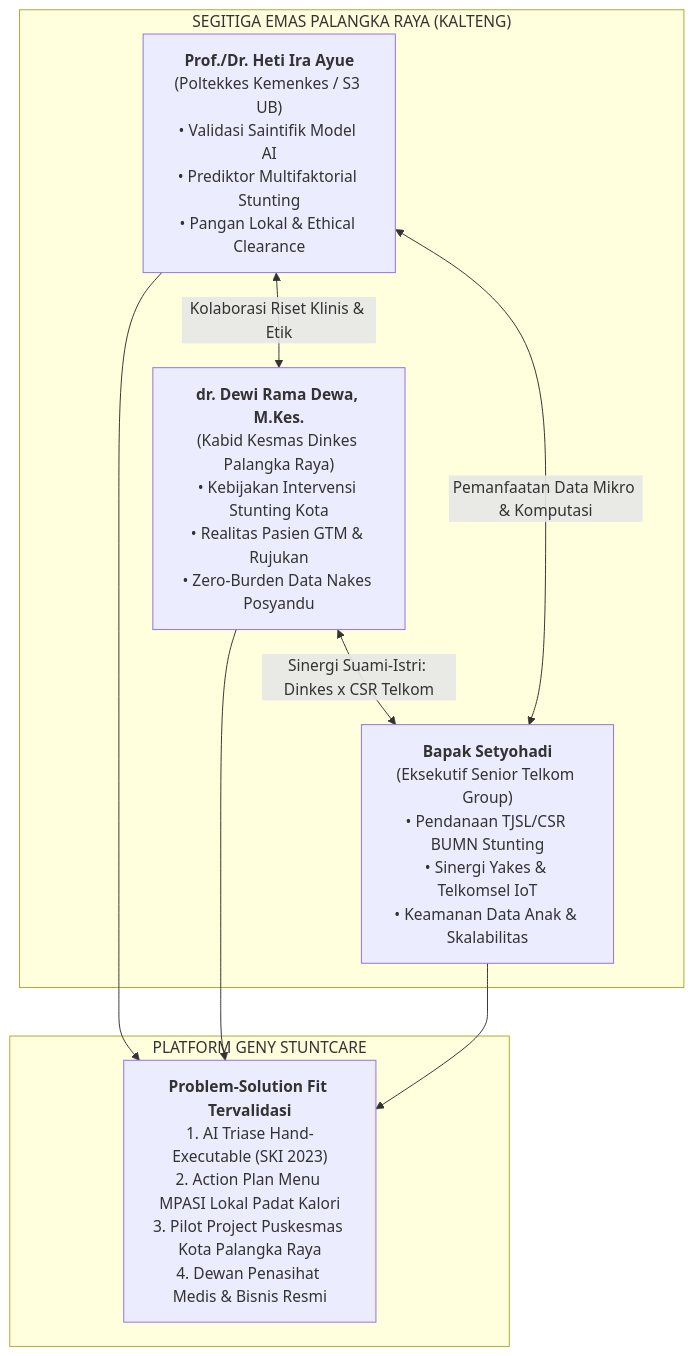
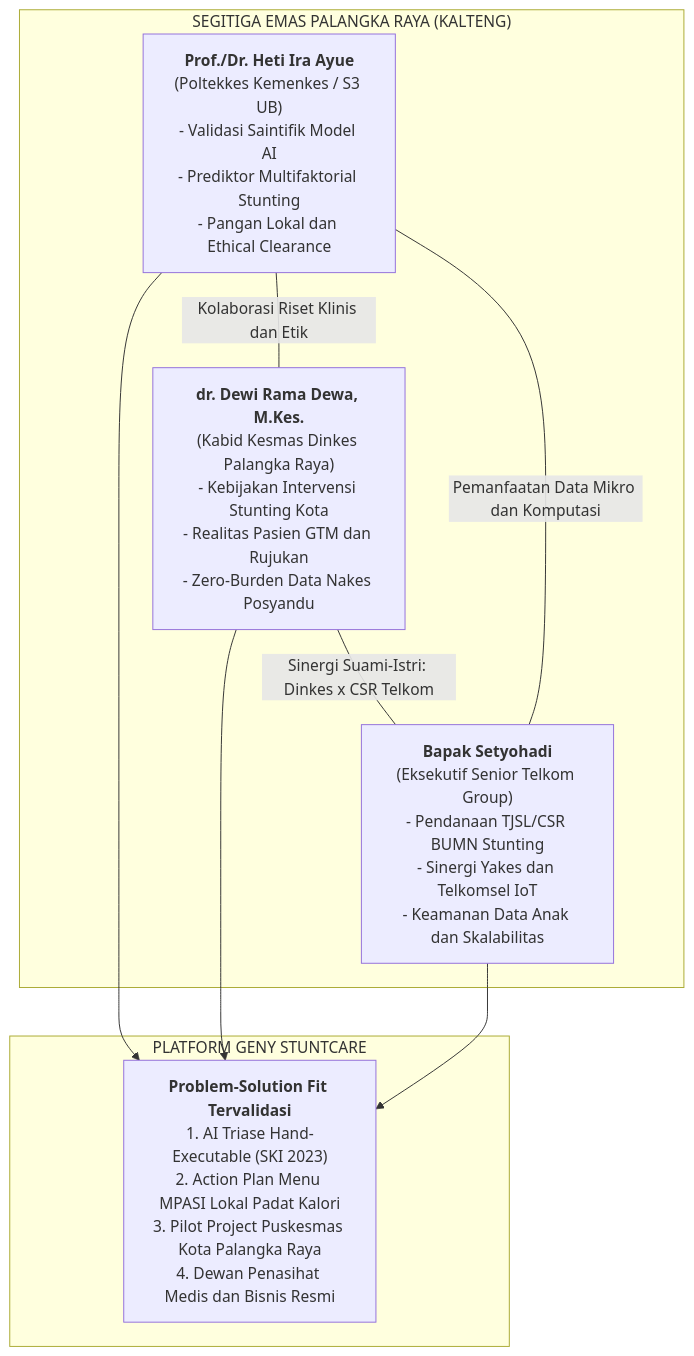
Before and after one commit to gerrardgs/Inkubasi-Startup-BTP: the second of 2 diagrams in 06-expert-advisory-meeting/README.md, drawn with Mermaid. The commit also changed other lines of this file and 2 other files, not shown here.

Commit message:
fix(mermaid): perbaiki sintaks mermaid diagram agar render sempurna di GitHub

````diff
--- a/06-expert-advisory-meeting/README.md
+++ b/06-expert-advisory-meeting/README.md
@@ -109,19 +109,19 @@
 ```mermaid
 graph TD
-    subgraph Segitiga_Emas["SEGITIGA EMAS PALANGKA RAYA (KALTENG)"]
-        A["<b>Prof./Dr. Heti Ira Ayue</b><br>(Poltekkes Kemenkes / S3 UB)<br>• Validasi Saintifik Model AI<br>• Prediktor Multifaktorial Stunting<br>• Pangan Lokal & Ethical Clearance"]
-        B["<b>dr. Dewi Rama Dewa, M.Kes.</b><br>(Kabid Kesmas Dinkes Palangka Raya)<br>• Kebijakan Intervensi Stunting Kota<br>• Realitas Pasien GTM & Rujukan<br>• Zero-Burden Data Nakes Posyandu"]
-        C["<b>Bapak Setyohadi</b><br>(Eksekutif Senior Telkom Group)<br>• Pendanaan TJSL/CSR BUMN Stunting<br>• Sinergi Yakes & Telkomsel IoT<br>• Keamanan Data Anak & Skalabilitas"]
+    subgraph Segitiga_Emas ["SEGITIGA EMAS PALANGKA RAYA (KALTENG)"]
+        A["<b>Prof./Dr. Heti Ira Ayue</b><br>(Poltekkes Kemenkes / S3 UB)<br>- Validasi Saintifik Model AI<br>- Prediktor Multifaktorial Stunting<br>- Pangan Lokal dan Ethical Clearance"]
+        B["<b>dr. Dewi Rama Dewa, M.Kes.</b><br>(Kabid Kesmas Dinkes Palangka Raya)<br>- Kebijakan Intervensi Stunting Kota<br>- Realitas Pasien GTM dan Rujukan<br>- Zero-Burden Data Nakes Posyandu"]
+        C["<b>Bapak Setyohadi</b><br>(Eksekutif Senior Telkom Group)<br>- Pendanaan TJSL/CSR BUMN Stunting<br>- Sinergi Yakes dan Telkomsel IoT<br>- Keamanan Data Anak dan Skalabilitas"]
     end
 
-    subgraph Solusi_Geny["PLATFORM GENY STUNTCARE"]
-        D["<b>Problem-Solution Fit Tervalidasi</b><br>1. AI Triase Hand-Executable (SKI 2023)<br>2. Action Plan Menu MPASI Lokal Padat Kalori<br>3. Pilot Project Puskesmas Kota Palangka Raya<br>4. Dewan Penasihat Medis & Bisnis Resmi"]
+    subgraph Solusi_Geny ["PLATFORM GENY STUNTCARE"]
+        D["<b>Problem-Solution Fit Tervalidasi</b><br>1. AI Triase Hand-Executable (SKI 2023)<br>2. Action Plan Menu MPASI Lokal Padat Kalori<br>3. Pilot Project Puskesmas Kota Palangka Raya<br>4. Dewan Penasihat Medis dan Bisnis Resmi"]
     end
 
-    A <-->|Kolaborasi Riset Klinis & Etik| B
-    B <-->|Sinergi Suami-Istri: Dinkes x CSR Telkom| C
-    A <-->|Pemanfaatan Data Mikro & Komputasi| C
+    A ---|"Kolaborasi Riset Klinis dan Etik"| B
+    B ---|"Sinergi Suami-Istri: Dinkes x CSR Telkom"| C
+    A ---|"Pemanfaatan Data Mikro dan Komputasi"| C
     A --> D
     B --> D
     C --> D
 ```
````
